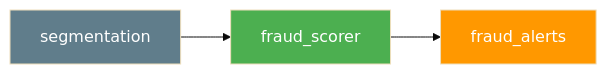
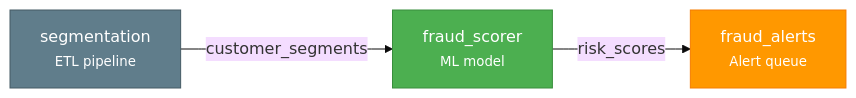
Before and after one commit to block/model-ledger: the first of 2 diagrams in README.md, drawn with Mermaid (base theme). The commit also changed other lines of this file, not shown here.

First line of the commit message:
docs: README — replace ASCII art with mermaid workflow diagram, tighten structure

````diff
--- a/README.md
+++ b/README.md
@@ -30,7 +28,8 @@
 ```mermaid
 graph LR
-    A["segmentation"] --> B["fraud_scorer"] --> C["fraud_alerts"]
-    style A fill:#607D8B,color:#fff
-    style B fill:#4CAF50,color:#fff
-    style C fill:#FF9800,color:#fff
+    A["segmentation<br/><small>ETL pipeline</small>"] -->|customer_segments| B["fraud_scorer<br/><small>ML model</small>"]
+    B -->|risk_scores| C["fraud_alerts<br/><small>Alert queue</small>"]
+    style A fill:#607D8B,color:#fff,stroke:#455A64
+    style B fill:#4CAF50,color:#fff,stroke:#388E3C
+    style C fill:#FF9800,color:#fff,stroke:#F57C00
 ```
````
